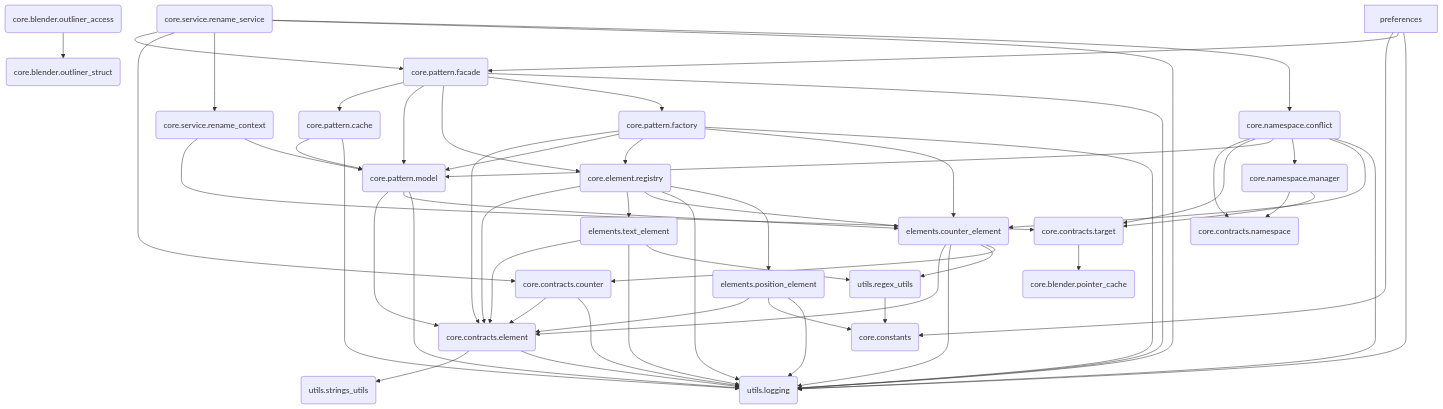
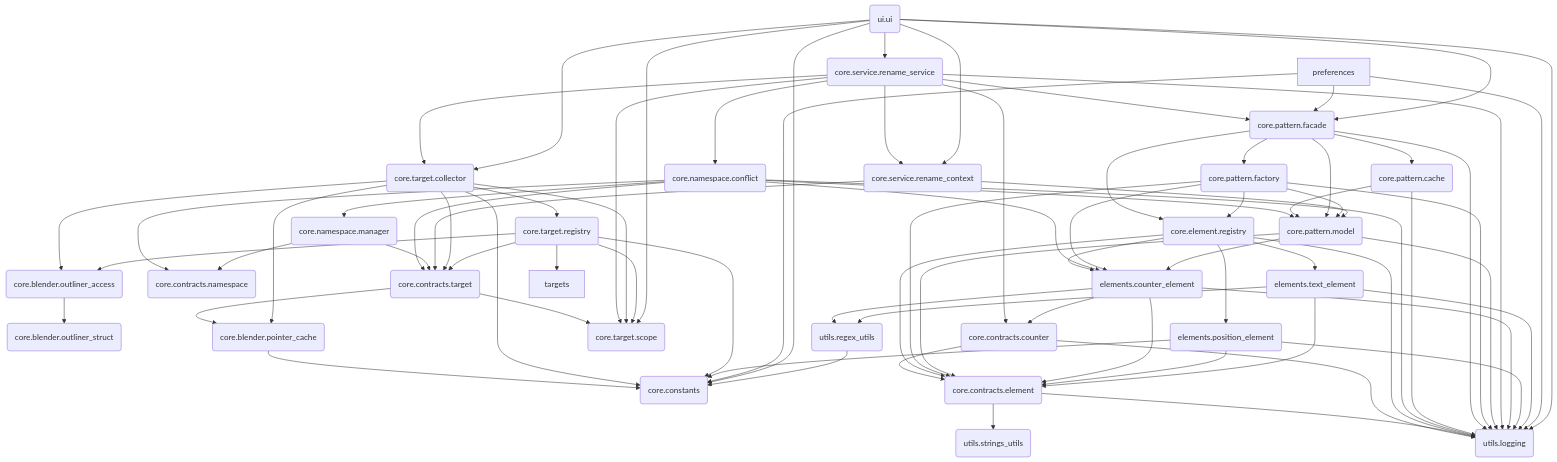
One commit to Pluglug/modular-renamer changed the diagram in debug/module_dependencies.mmd. Above: the diagram before and after it, drawn with Mermaid. The commit also changed 10 other files, not shown here.

```diff
--- a/debug/module_dependencies.mmd
+++ b/debug/module_dependencies.mmd
@@ -1,86 +1,113 @@
 ---
 config:
   theme: default
   flowchart:
     curve: basis
 ---
 flowchart TD
     core_blender_outliner_access(core.blender.outliner_access)
     core_blender_outliner_struct(core.blender.outliner_struct)
     core_blender_pointer_cache(core.blender.pointer_cache)
     core_constants(core.constants)
     core_contracts_counter(core.contracts.counter)
     core_contracts_element(core.contracts.element)
     core_contracts_namespace(core.contracts.namespace)
     core_contracts_target(core.contracts.target)
     core_element_registry(core.element.registry)
     core_namespace_conflict(core.namespace.conflict)
     core_namespace_manager(core.namespace.manager)
     core_pattern_cache(core.pattern.cache)
     core_pattern_facade(core.pattern.facade)
     core_pattern_factory(core.pattern.factory)
     core_pattern_model(core.pattern.model)
     core_service_rename_context(core.service.rename_context)
     core_service_rename_service(core.service.rename_service)
+    core_target_collector(core.target.collector)
+    core_target_registry(core.target.registry)
+    core_target_scope(core.target.scope)
     elements_counter_element(elements.counter_element)
     elements_position_element(elements.position_element)
     elements_text_element(elements.text_element)
     preferences[preferences]
+    targets[targets]
+    ui_ui(ui.ui)
     utils_logging(utils.logging)
     utils_regex_utils(utils.regex_utils)
     utils_strings_utils(utils.strings_utils)
     core_blender_outliner_access --> core_blender_outliner_struct
+    core_blender_pointer_cache --> core_constants
     core_contracts_counter --> core_contracts_element
     core_contracts_counter --> utils_logging
     core_contracts_element --> utils_strings_utils
     core_contracts_element --> utils_logging
+    core_contracts_target --> core_target_scope
     core_contracts_target --> core_blender_pointer_cache
     core_element_registry --> core_contracts_element
     core_element_registry --> elements_text_element
+    core_element_registry --> elements_position_element
+    core_element_registry --> utils_logging
     core_element_registry --> elements_counter_element
-    core_element_registry --> utils_logging
-    core_element_registry --> elements_position_element
+    core_namespace_conflict --> core_namespace_manager
+    core_namespace_conflict --> core_pattern_model
+    core_namespace_conflict --> utils_logging
+    core_namespace_conflict --> core_contracts_target
     core_namespace_conflict --> core_contracts_namespace
-    core_namespace_conflict --> core_contracts_target
-    core_namespace_conflict --> core_pattern_model
-    core_namespace_conflict --> core_namespace_manager
     core_namespace_conflict --> elements_counter_element
-    core_namespace_conflict --> utils_logging
+    core_namespace_manager --> core_contracts_target
     core_namespace_manager --> core_contracts_namespace
-    core_namespace_manager --> core_contracts_target
     core_pattern_cache --> core_pattern_model
     core_pattern_cache --> utils_logging
-    core_pattern_facade --> core_pattern_cache
     core_pattern_facade --> core_pattern_model
     core_pattern_facade --> core_element_registry
+    core_pattern_facade --> core_pattern_cache
+    core_pattern_facade --> utils_logging
     core_pattern_facade --> core_pattern_factory
-    core_pattern_facade --> utils_logging
     core_pattern_factory --> core_contracts_element
     core_pattern_factory --> core_pattern_model
     core_pattern_factory --> core_element_registry
+    core_pattern_factory --> utils_logging
     core_pattern_factory --> elements_counter_element
-    core_pattern_factory --> utils_logging
     core_pattern_model --> core_contracts_element
+    core_pattern_model --> utils_logging
     core_pattern_model --> elements_counter_element
-    core_pattern_model --> utils_logging
+    core_service_rename_context --> core_pattern_model
     core_service_rename_context --> core_contracts_target
-    core_service_rename_context --> core_pattern_model
+    core_service_rename_service --> core_target_scope
     core_service_rename_service --> core_pattern_facade
+    core_service_rename_service --> core_target_collector
+    core_service_rename_service --> utils_logging
+    core_service_rename_service --> core_service_rename_context
+    core_service_rename_service --> core_namespace_conflict
     core_service_rename_service --> core_contracts_counter
-    core_service_rename_service --> core_service_rename_context
-    core_service_rename_service --> utils_logging
-    core_service_rename_service --> core_namespace_conflict
+    core_target_collector --> core_target_scope
+    core_target_collector --> core_target_registry
+    core_target_collector --> core_contracts_target
+    core_target_collector --> core_blender_outliner_access
+    core_target_collector --> core_constants
+    core_target_collector --> core_blender_pointer_cache
+    core_target_registry --> core_target_scope
+    core_target_registry --> core_contracts_target
+    core_target_registry --> core_blender_outliner_access
+    core_target_registry --> core_constants
+    core_target_registry --> targets
     elements_counter_element --> core_contracts_element
     elements_counter_element --> utils_logging
     elements_counter_element --> utils_regex_utils
     elements_counter_element --> core_contracts_counter
     elements_position_element --> core_contracts_element
     elements_position_element --> core_constants
     elements_position_element --> utils_logging
     elements_text_element --> core_contracts_element
+    elements_text_element --> utils_regex_utils
     elements_text_element --> utils_logging
-    elements_text_element --> utils_regex_utils
+    preferences --> core_pattern_facade
     preferences --> core_constants
-    preferences --> core_pattern_facade
     preferences --> utils_logging
+    ui_ui --> core_target_scope
+    ui_ui --> core_pattern_facade
+    ui_ui --> core_target_collector
+    ui_ui --> utils_logging
+    ui_ui --> core_service_rename_service
+    ui_ui --> core_constants
+    ui_ui --> core_service_rename_context
     utils_regex_utils --> core_constants
```
